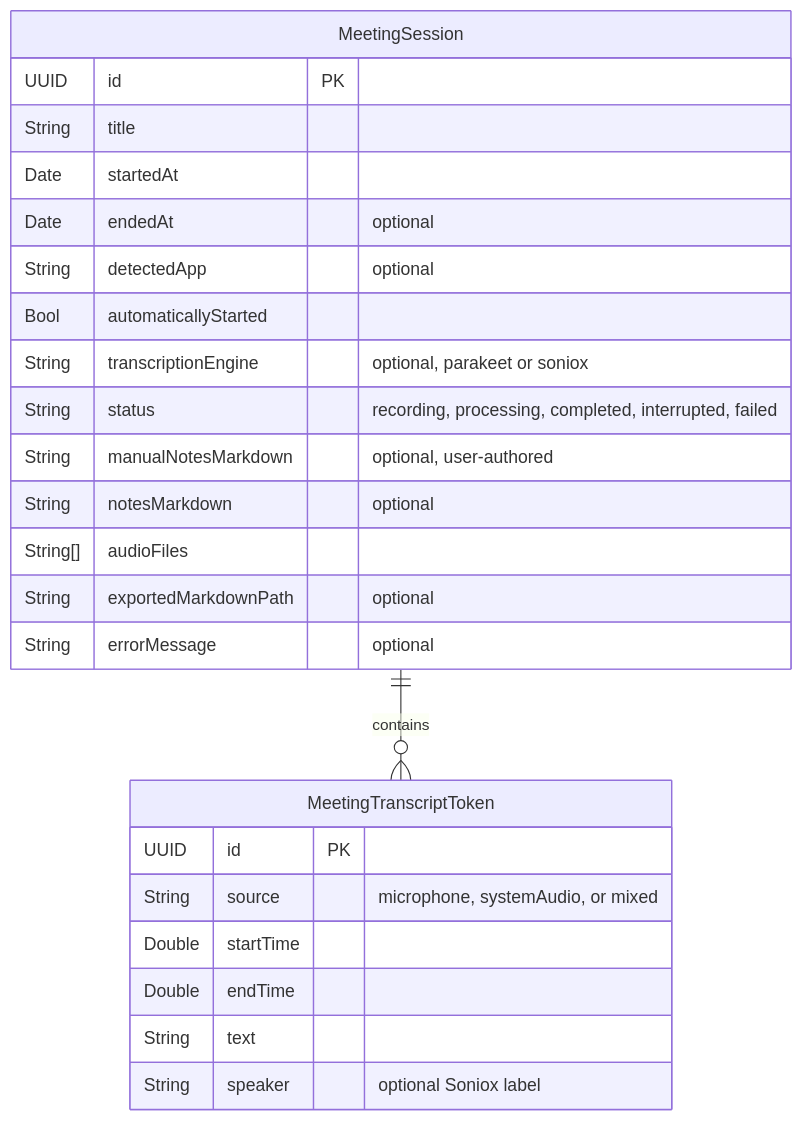
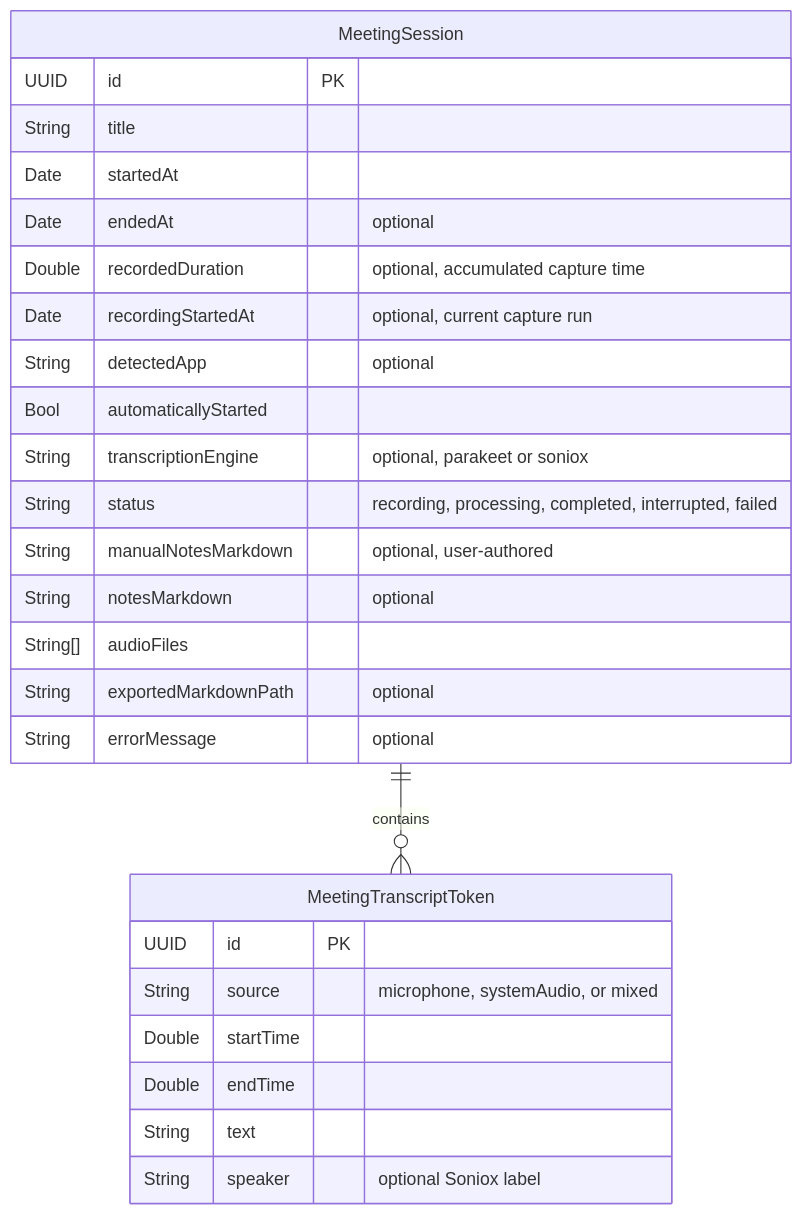
The fourth of 14 diagrams in datamodel.md (dkapo88/WonderWhisper-macOS), drawn with Mermaid before and after one commit. The commit also changed other lines of this file and 33 other files, not shown here.

````diff
--- a/datamodel.md
+++ b/datamodel.md
@@ -205,29 +222,31 @@
 ```mermaid
 erDiagram
     MeetingSession ||--o{ MeetingTranscriptToken : "contains"
 
     MeetingSession {
         UUID id PK
         String title
         Date startedAt
         Date endedAt "optional"
+        Double recordedDuration "optional, accumulated capture time"
+        Date recordingStartedAt "optional, current capture run"
         String detectedApp "optional"
         Bool automaticallyStarted
         String transcriptionEngine "optional, parakeet or soniox"
         String status "recording, processing, completed, interrupted, failed"
         String manualNotesMarkdown "optional, user-authored"
         String notesMarkdown "optional"
         String[] audioFiles
         String exportedMarkdownPath "optional"
         String errorMessage "optional"
     }
 
     MeetingTranscriptToken {
         UUID id PK
         String source "microphone, systemAudio, or mixed"
         Double startTime
         Double endTime
         String text
         String speaker "optional Soniox label"
     }
 ```
````
